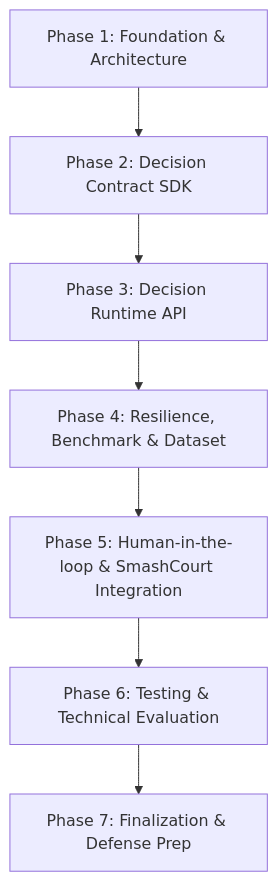
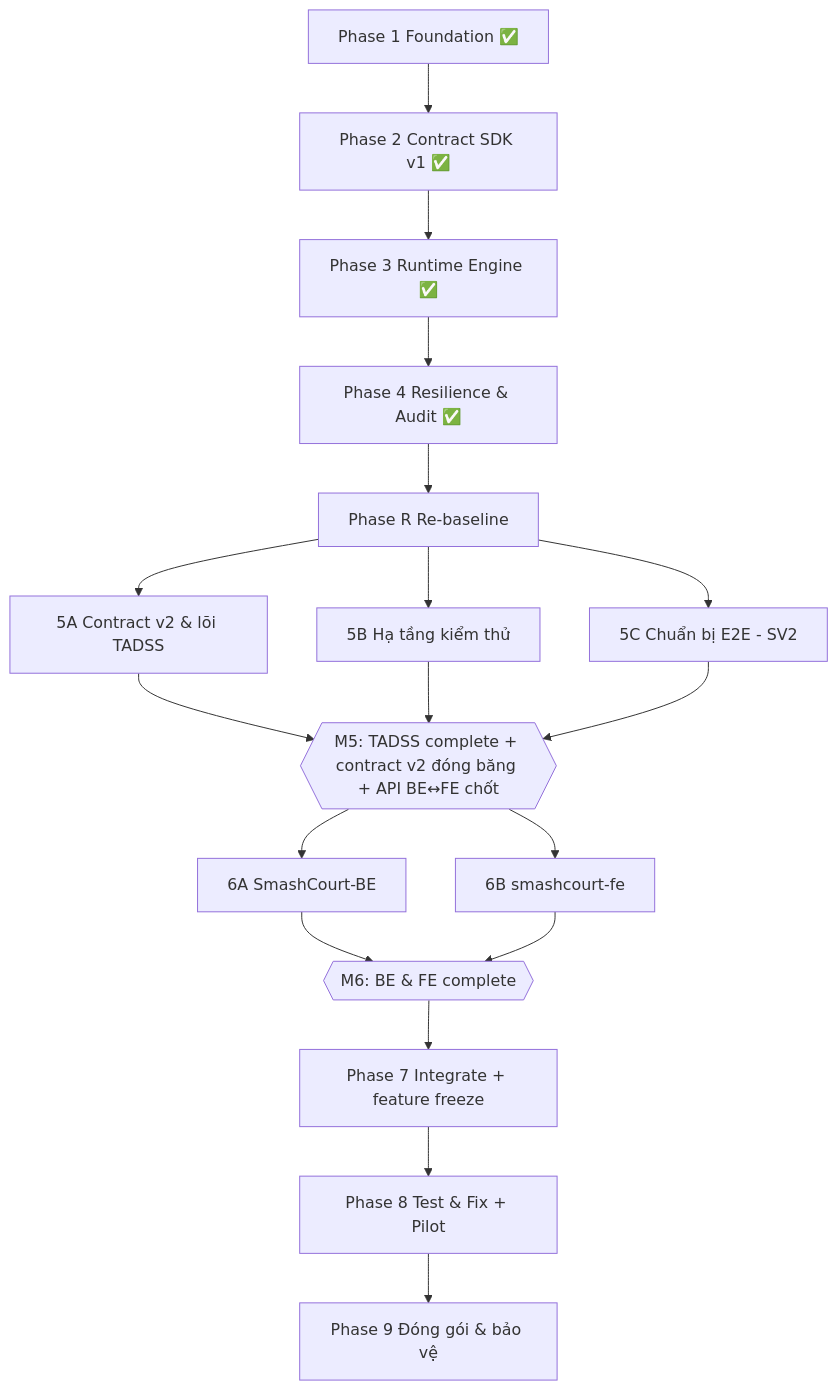
The diagram in docs/planning/PROJECT_WBS_MAPPING.md (NguyenThanhTrung-N2T/TrustworthyAdaptiveDecisionSupportSystem-TADSS), drawn with Mermaid before and after one commit. The commit also changed other lines of this file and 24 other files, not shown here.

Commit message:
docs: re-baseline Đồ án 2 v2.0 — kế hoạch 18 tuần, contract v2, danh mục kiểm thử

````diff
--- a/docs/planning/PROJECT_WBS_MAPPING.md
+++ b/docs/planning/PROJECT_WBS_MAPPING.md
@@ -164,9 +58,20 @@
 ```mermaid
 flowchart TD
-    Phase1[Phase 1: Foundation & Architecture] --> Phase2[Phase 2: Decision Contract SDK]
-    Phase2 --> Phase3[Phase 3: Decision Runtime API]
-    Phase3 --> Phase4[Phase 4: Resilience, Benchmark & Dataset]
-    Phase4 --> Phase5[Phase 5: Human-in-the-loop & SmashCourt Integration]
-    Phase5 --> Phase6[Phase 6: Testing & Technical Evaluation]
-    Phase6 --> Phase7[Phase 7: Finalization & Defense Prep]
+    P1[Phase 1 Foundation ✅] --> P2[Phase 2 Contract SDK v1 ✅]
+    P2 --> P3[Phase 3 Runtime Engine ✅]
+    P3 --> P4[Phase 4 Resilience & Audit ✅]
+    P4 --> PR[Phase R Re-baseline]
+    PR --> P5A[5A Contract v2 & lõi TADSS]
+    PR --> P5B[5B Hạ tầng kiểm thử]
+    PR --> P5C[5C Chuẩn bị E2E - SV2]
+    P5A --> M5{{M5: TADSS complete + contract v2 đóng băng + API BE↔FE chốt}}
+    P5B --> M5
+    P5C --> M5
+    M5 --> P6A[6A SmashCourt-BE]
+    M5 --> P6B[6B smashcourt-fe]
+    P6A --> M6{{M6: BE & FE complete}}
+    P6B --> M6
+    M6 --> P7[Phase 7 Integrate + feature freeze]
+    P7 --> P8[Phase 8 Test & Fix + Pilot]
+    P8 --> P9[Phase 9 Đóng gói & bảo vệ]
 ```
````
